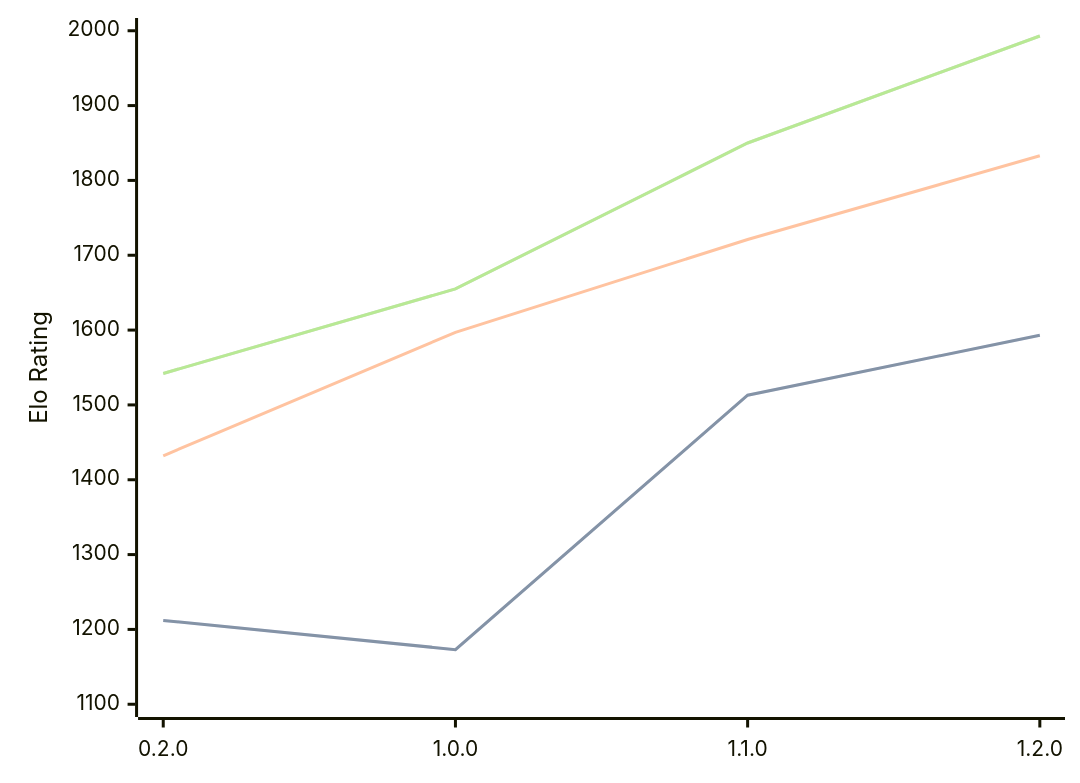
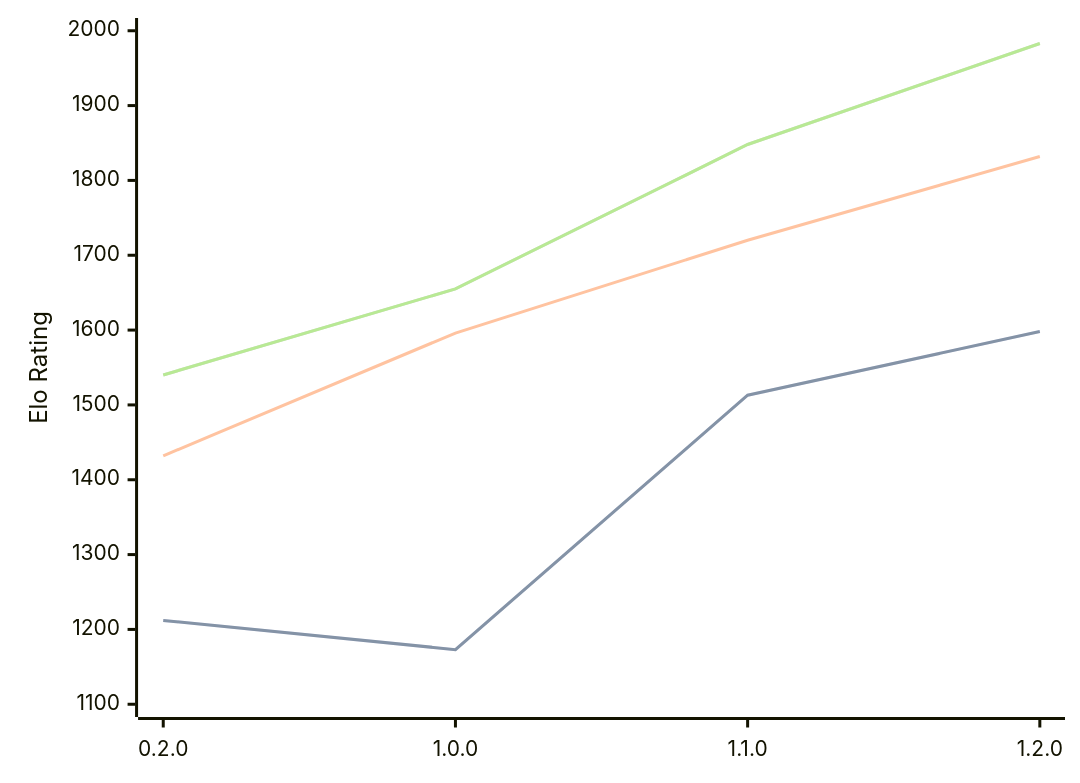
One commit to computer-chess-index/cci changed the diagram in engines/Zeppelin.md. Above: the diagram before and after it, drawn with Mermaid. The commit also changed other lines of this file, not shown here.

Commit message:
Update CCI Ratings (ELO VLTC) - 2026-02-28

````diff
--- a/engines/Zeppelin.md
+++ b/engines/Zeppelin.md
@@ -34,11 +34,11 @@
 ```mermaid
 %%{init: {"theme":"base","themeVariables":{"seriesColors:['#a3a3a3','#222221','#faa371']}}}%%
 xychart-beta
   x-axis ["0.2.0", "1.0.0", "1.1.0", "1.2.0"]
   y-axis "Elo Rating" 1100 --> 2000
-  line "STC (8.0+0.08s)" [1212, 1173, 1513, 1593]
-  line "STC (8.0+0.08s)" [1212, 1173, 1513, 1593]
-  line "LTC (60.0+0.60s)" [1432, 1597, 1721, 1833]
-  line "VLTC (2m24s+1.12s)" [1542, 1655, 1850, 1993]
-  line "VLTC (2m24s+1.12s)" [1542, 1655, 1850, 1993]
+  line "STC (8.0+0.08s)" [1212, 1173, 1513, 1598]
+  line "STC (8.0+0.08s)" [1212, 1173, 1513, 1598]
+  line "LTC (60.0+0.60s)" [1432, 1596, 1720, 1832]
+  line "VLTC (2m24s+1.12s)" [1540, 1655, 1848, 1983]
+  line "VLTC (2m24s+1.12s)" [1540, 1655, 1848, 1983]
 ```
````
